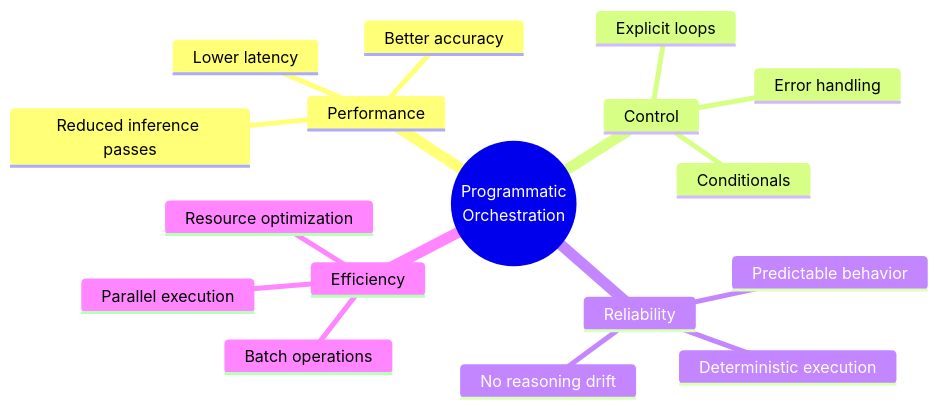
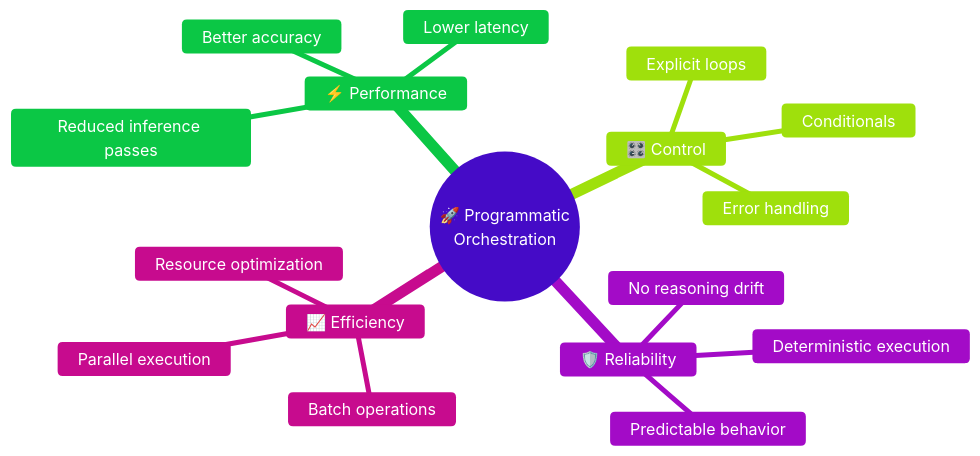
The second of 2 diagrams in patterns/06-programmatic-orchestration.md (ThibautMelen/agentic-ai-systems), drawn with Mermaid before and after one commit. The commit also changed other lines of this file and 7 other files, not shown here.

First line of the commit message:
style(diagrams): add vibrant colors to all Mermaid diagrams

````diff
--- a/patterns/06-programmatic-orchestration.md
+++ b/patterns/06-programmatic-orchestration.md
@@ -33,20 +37,21 @@
 ```mermaid
+%%{init: {'theme': 'base', 'themeVariables': { 'primaryColor': '#8b5cf6', 'primaryTextColor': '#ffffff'}}}%%
 mindmap
-  root((Programmatic<br/>Orchestration))
-    Performance
+  root((🚀 Programmatic<br/>Orchestration))
+    ⚡ Performance
       Reduced inference passes
       Lower latency
       Better accuracy
-    Control
+    🎛️ Control
       Explicit loops
       Conditionals
       Error handling
-    Reliability
+    🛡️ Reliability
       Deterministic execution
       No reasoning drift
       Predictable behavior
-    Efficiency
+    📈 Efficiency
       Batch operations
       Parallel execution
       Resource optimization
 ```
````
